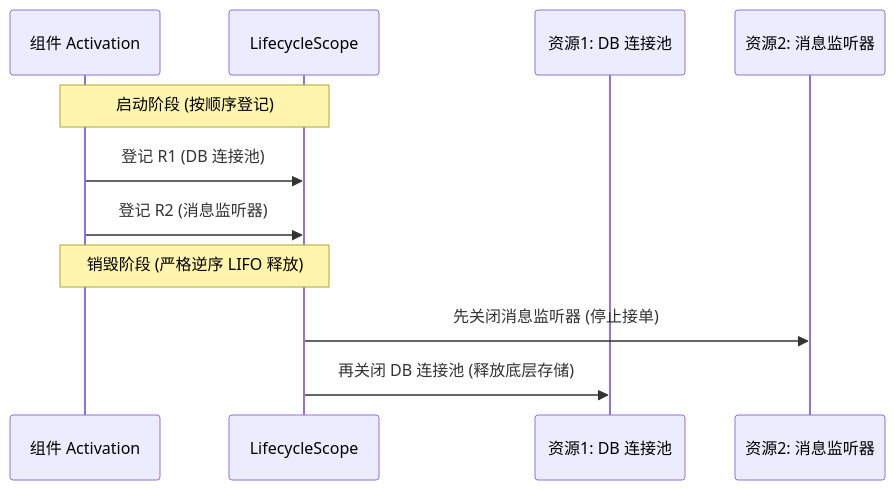
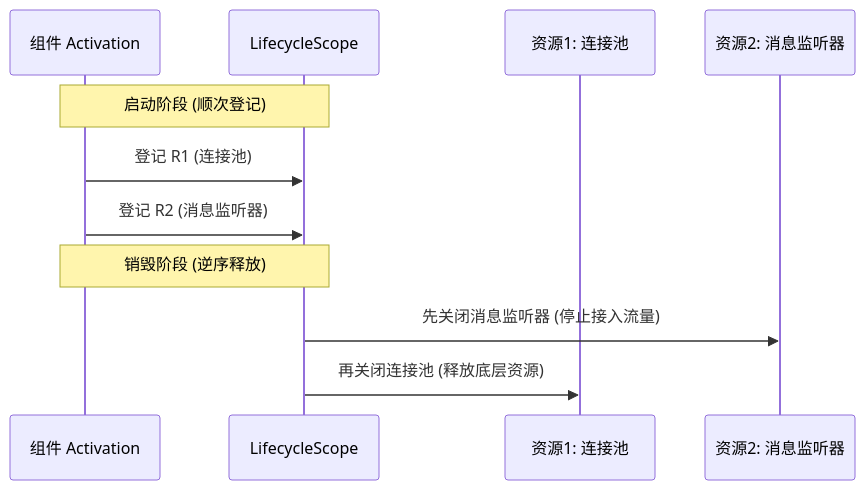
The fourth of 5 diagrams in docs/Knotra API 与集成指南.md (fjay/knotra), drawn with Mermaid before and after one commit. The commit also changed other lines of this file and 7 other files, not shown here.

````diff
--- a/docs/Knotra API 与集成指南.md
+++ b/docs/Knotra API 与集成指南.md
@@ -194,15 +185,15 @@
 ```mermaid
 sequenceDiagram
     participant Act as 组件 Activation
     participant Scope as LifecycleScope
-    participant R1 as 资源1: DB 连接池
+    participant R1 as 资源1: 连接池
     participant R2 as 资源2: 消息监听器
 
-    Note over Act,Scope: 启动阶段 (按顺序登记)
-    Act->>Scope: 登记 R1 (DB 连接池)
+    Note over Act,Scope: 启动阶段 (顺次登记)
+    Act->>Scope: 登记 R1 (连接池)
     Act->>Scope: 登记 R2 (消息监听器)
 
-    Note over Act,Scope: 销毁阶段 (严格逆序 LIFO 释放)
-    Scope->>R2: 先关闭消息监听器 (停止接单)
-    Scope->>R1: 再关闭 DB 连接池 (释放底层存储)
+    Note over Act,Scope: 销毁阶段 (逆序释放)
+    Scope->>R2: 先关闭消息监听器 (停止接入流量)
+    Scope->>R1: 再关闭连接池 (释放底层资源)
 ```
````
